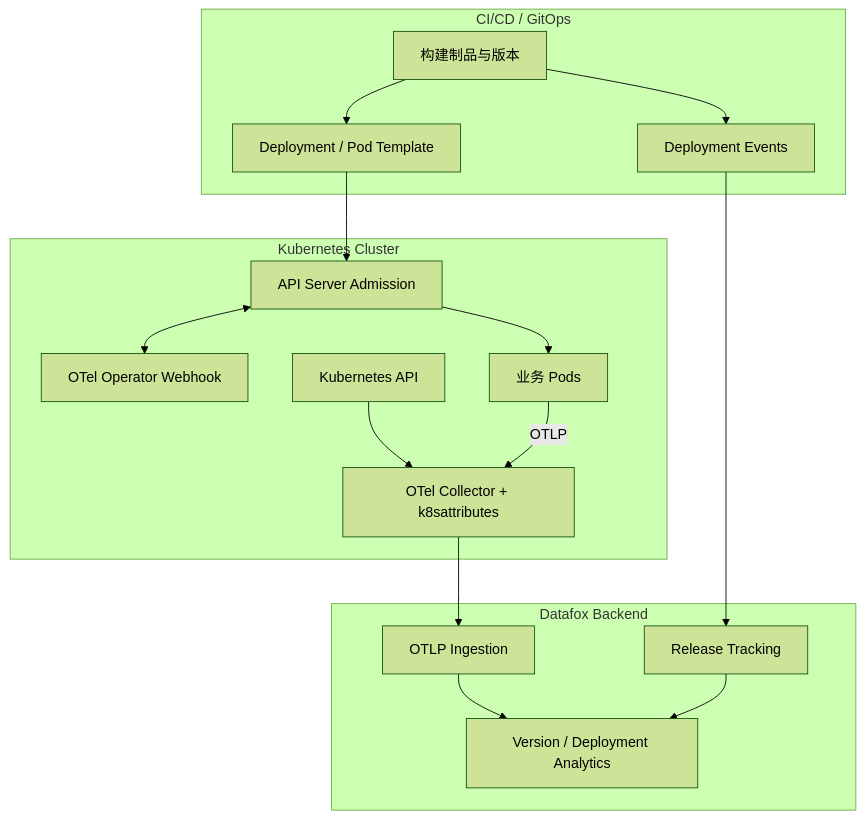
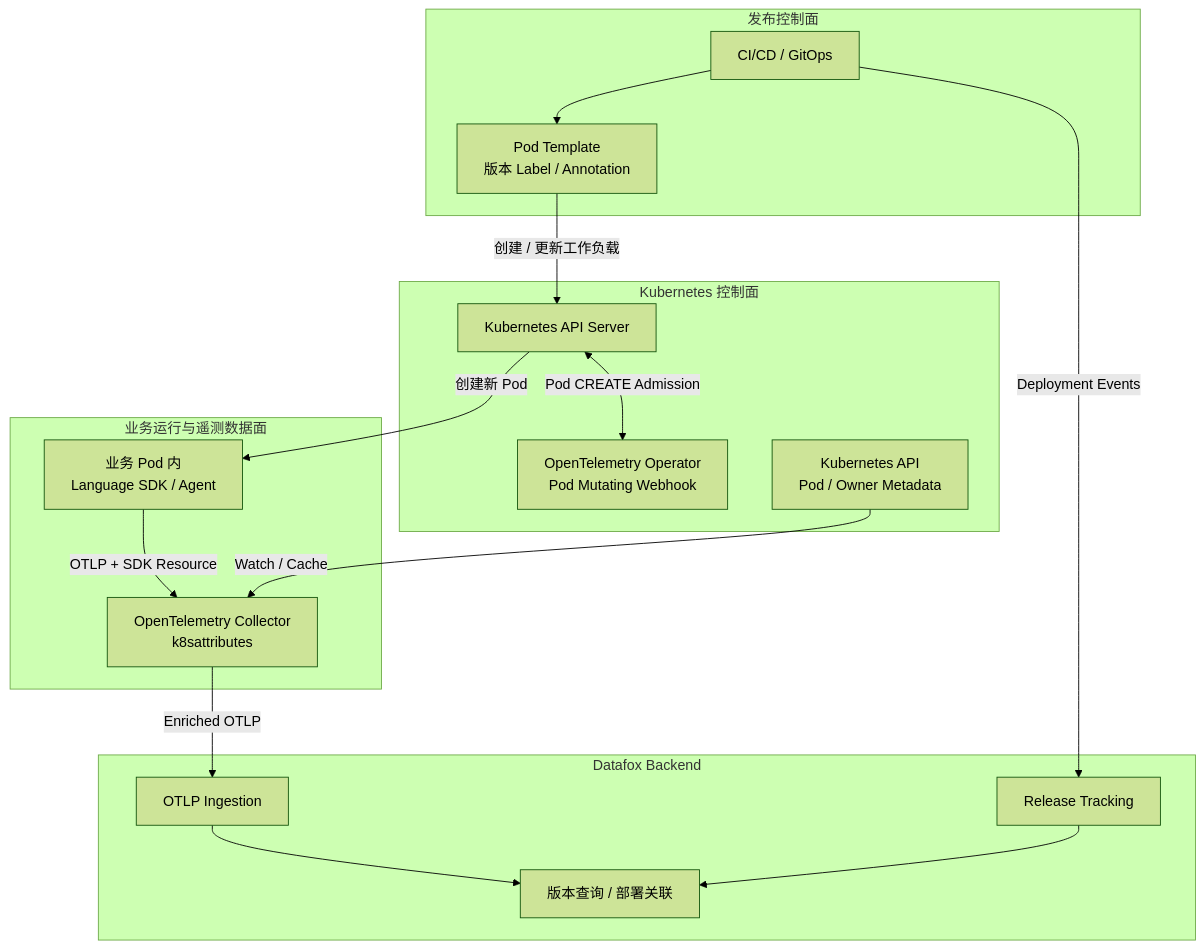
One commit to datafoxlabs/datafox-kubernetes changed the first of 4 diagrams in docs/architecture.md. Above: the diagram before and after it, drawn with Mermaid (forest theme). The commit also changed other lines of this file, not shown here.

Commit message:
docs: rebuild Kubernetes integration architecture around system boundaries and data flows

```diff
--- a/docs/architecture.md
+++ b/docs/architecture.md
@@ -54,31 +61,35 @@
 ~~~mermaid
 flowchart TB
-  subgraph Delivery["CI/CD / GitOps"]
-    Release["构建制品与版本"]
-    Manifest["Deployment / Pod Template"]
-    Event["Deployment Events"]
-    Release --> Manifest
-    Release --> Event
-  end
-  subgraph Cluster["Kubernetes Cluster"]
-    API["API Server Admission"]
-    Operator["OTel Operator Webhook"]
-    Pods["业务 Pods"]
-    Collector["OTel Collector + k8sattributes"]
-    KubeAPI["Kubernetes API"]
-    Manifest --> API
-    API <--> Operator
-    API --> Pods
-    KubeAPI --> Collector
-    Pods -->|"OTLP"| Collector
-  end
-  subgraph Backend["Datafox Backend"]
-    Ingest["OTLP Ingestion"]
-    Releases["Release Tracking"]
-    Analytics["Version / Deployment Analytics"]
-    Ingest --> Analytics
-    Releases --> Analytics
-  end
-  Collector --> Ingest
-  Event --> Releases
+    subgraph Delivery["发布控制面"]
+        CI["CI/CD / GitOps"]
+        Template["Pod Template<br/>版本 Label / Annotation"]
+        CI --> Template
+    end
+
+    subgraph Kubernetes["Kubernetes 控制面"]
+        API["Kubernetes API Server"]
+        Operator["OpenTelemetry Operator<br/>Pod Mutating Webhook"]
+        K8sMeta["Kubernetes API<br/>Pod / Owner Metadata"]
+        Template -->|"创建 / 更新工作负载"| API
+        API <-->|"Pod CREATE Admission"| Operator
+    end
+
+    subgraph Runtime["业务运行与遥测数据面"]
+        SDK["业务 Pod 内<br/>Language SDK / Agent"]
+        Collector["OpenTelemetry Collector<br/>k8sattributes"]
+        API -->|"创建新 Pod"| SDK
+        SDK -->|"OTLP + SDK Resource"| Collector
+        K8sMeta -->|"Watch / Cache"| Collector
+    end
+
+    subgraph Backend["Datafox Backend"]
+        Ingest["OTLP Ingestion"]
+        Release["Release Tracking"]
+        Query["版本查询 / 部署关联"]
+        Ingest --> Query
+        Release --> Query
+    end
+
+    Collector -->|"Enriched OTLP"| Ingest
+    CI -->|"Deployment Events"| Release
 ~~~
```
